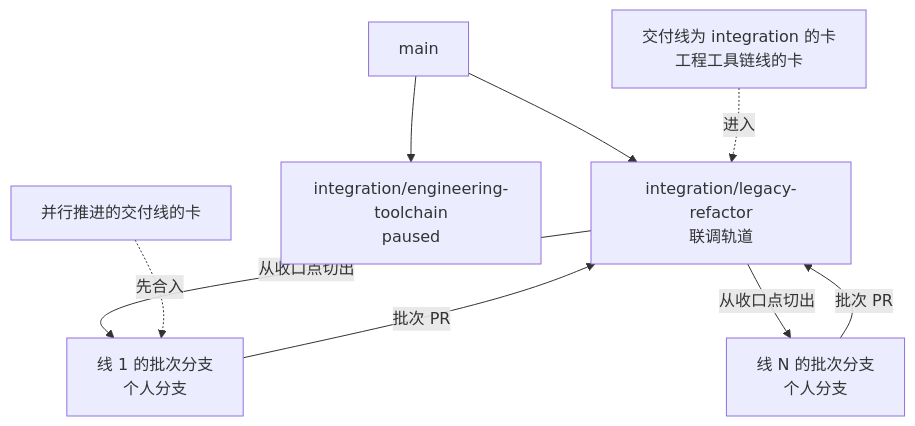
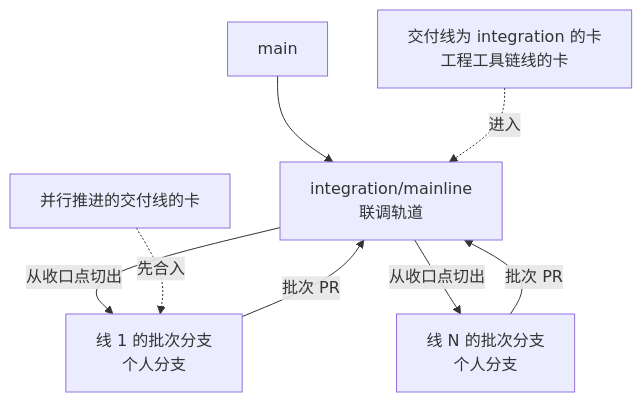
Before and after one commit to nemori-ai/omne-harness-lite: the first of 2 diagrams in docs/engineering/integration.md, drawn with Mermaid. The commit also changed other lines of this file and 6 other files, not shown here.

First line of the commit message:
chore(integration): 统一主集成轨道 integration/mainline，退役 legacy-refactor 与 engineering-toolchain（#973）

````diff
--- a/docs/engineering/integration.md
+++ b/docs/engineering/integration.md
@@ -66,11 +65,10 @@
 ```mermaid
 flowchart TD
-  main["main"] --> LR["integration/legacy-refactor<br/>联调轨道"]
-  main --> ET["integration/engineering-toolchain<br/>paused"]
+  main["main"] --> LR["integration/mainline<br/>联调轨道"]
   LR -->|"从收口点切出"| B1["线 1 的批次分支<br/>个人分支"]
   LR -->|"从收口点切出"| BN["线 N 的批次分支<br/>个人分支"]
   B1 -->|"批次 PR"| LR
   BN -->|"批次 PR"| LR
   CL["并行推进的交付线的卡"] -. 先合入 .-> B1
   CI["交付线为 integration 的卡<br/>工程工具链线的卡"] -. 进入 .-> LR
 ```
````
